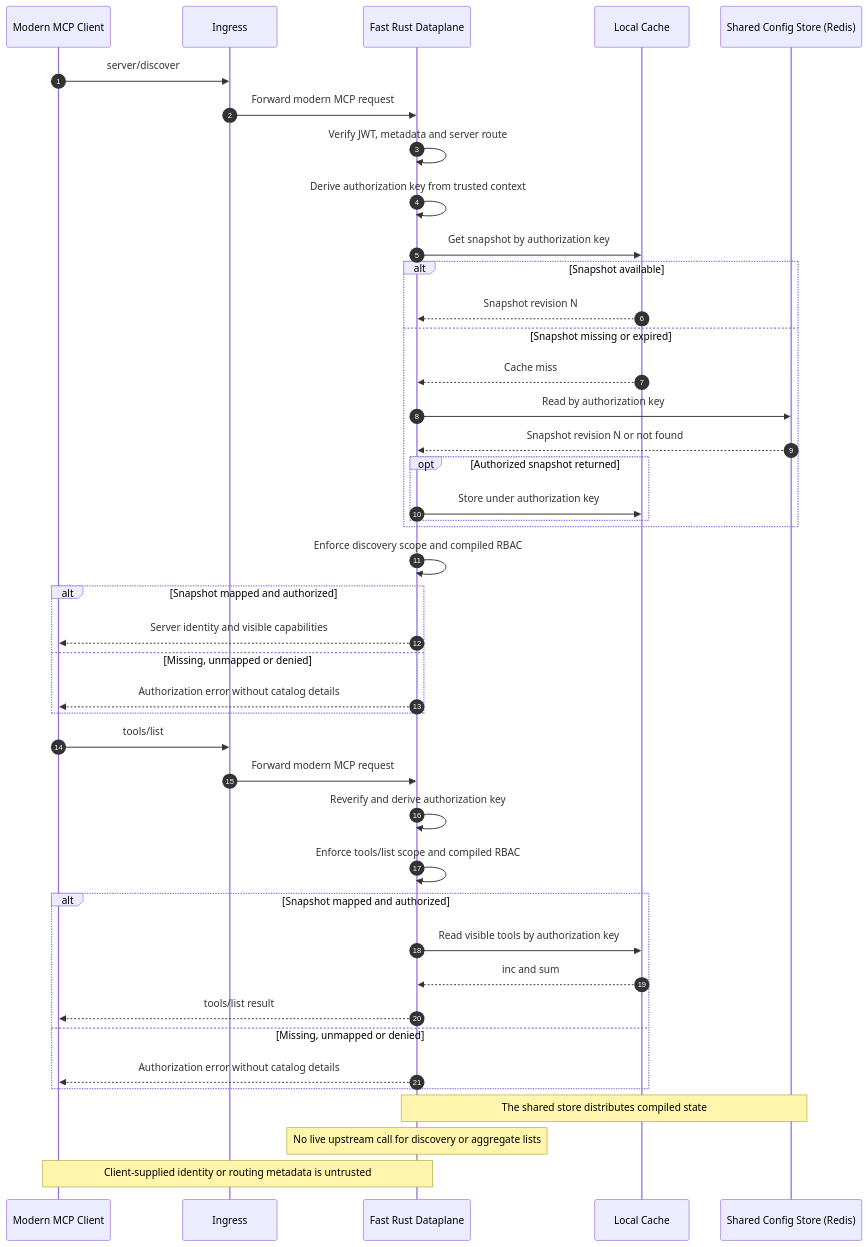
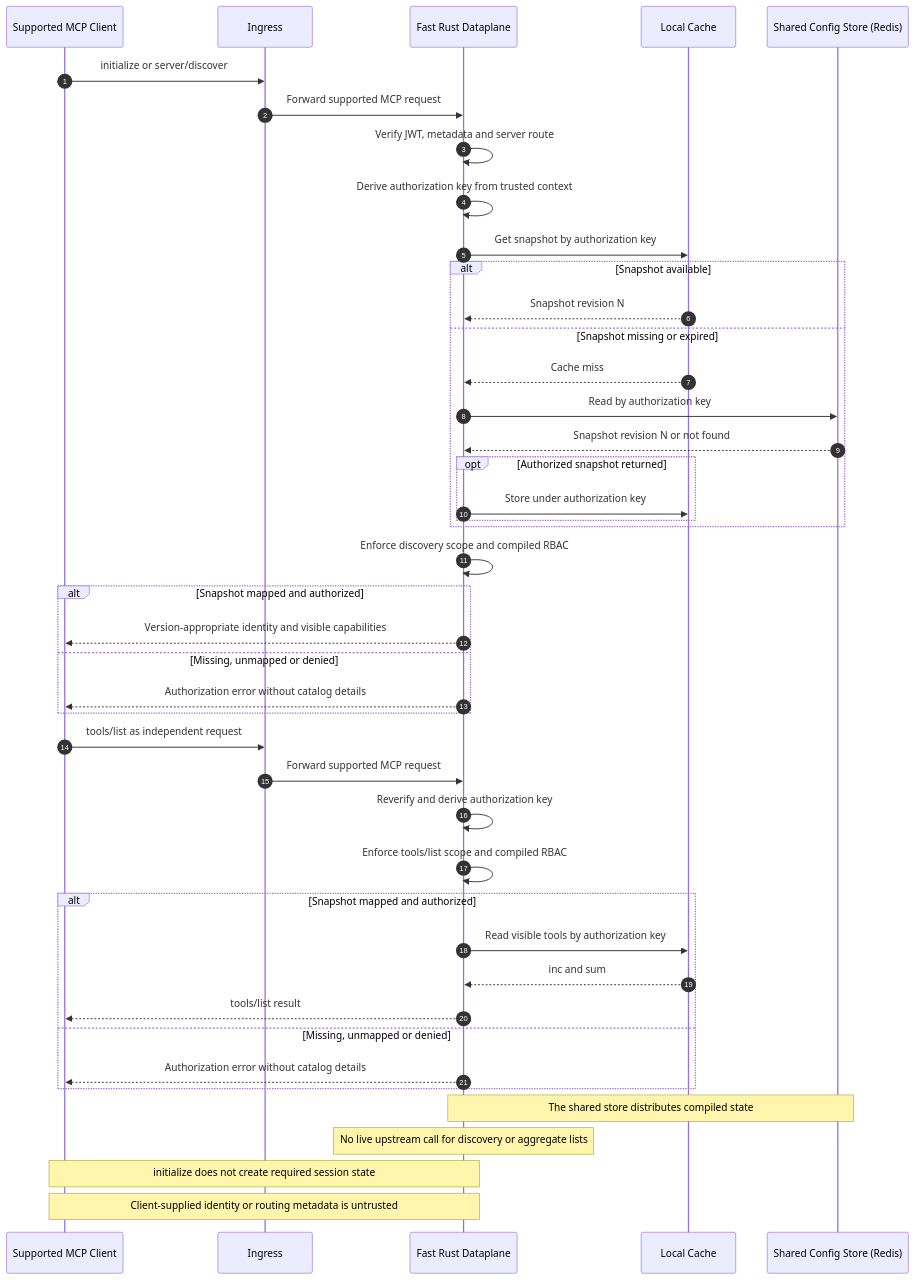
Before and after one commit to contextforge-gateway-rs/contextforge-gateway-rs: the third of 5 diagrams in _context/wiki/mcp-capability-allocation.md, drawn with Mermaid. The commit also changed other lines of this file and 5 other files, not shown here.

````diff
--- a/_context/wiki/mcp-capability-allocation.md
+++ b/_context/wiki/mcp-capability-allocation.md
@@ -222,49 +253,50 @@
 ```mermaid
 sequenceDiagram
     autonumber
-    participant Client as Modern MCP Client
+    participant Client as Supported MCP Client
     participant Ingress
     participant DP as Fast Rust Dataplane
     participant Cache as Local Cache
     participant Store as Shared Config Store (Redis)
 
-    Client->>Ingress: server/discover
-    Ingress->>DP: Forward modern MCP request
+    Client->>Ingress: initialize or server/discover
+    Ingress->>DP: Forward supported MCP request
     DP->>DP: Verify JWT, metadata and server route
     DP->>DP: Derive authorization key from trusted context
     DP->>Cache: Get snapshot by authorization key
 
     alt Snapshot available
         Cache-->>DP: Snapshot revision N
     else Snapshot missing or expired
         Cache-->>DP: Cache miss
         DP->>Store: Read by authorization key
         Store-->>DP: Snapshot revision N or not found
         opt Authorized snapshot returned
             DP->>Cache: Store under authorization key
         end
     end
 
     DP->>DP: Enforce discovery scope and compiled RBAC
     alt Snapshot mapped and authorized
-        DP-->>Client: Server identity and visible capabilities
+        DP-->>Client: Version-appropriate identity and visible capabilities
     else Missing, unmapped or denied
         DP-->>Client: Authorization error without catalog details
     end
 
-    Client->>Ingress: tools/list
-    Ingress->>DP: Forward modern MCP request
+    Client->>Ingress: tools/list as independent request
+    Ingress->>DP: Forward supported MCP request
     DP->>DP: Reverify and derive authorization key
     DP->>DP: Enforce tools/list scope and compiled RBAC
     alt Snapshot mapped and authorized
         DP->>Cache: Read visible tools by authorization key
         Cache-->>DP: inc and sum
         DP-->>Client: tools/list result
     else Missing, unmapped or denied
         DP-->>Client: Authorization error without catalog details
     end
 
     Note over DP,Store: The shared store distributes compiled state
     Note over DP: No live upstream call for discovery or aggregate lists
+    Note over Client,DP: initialize does not create required session state
     Note over Client,DP: Client-supplied identity or routing metadata is untrusted
 ```
````
